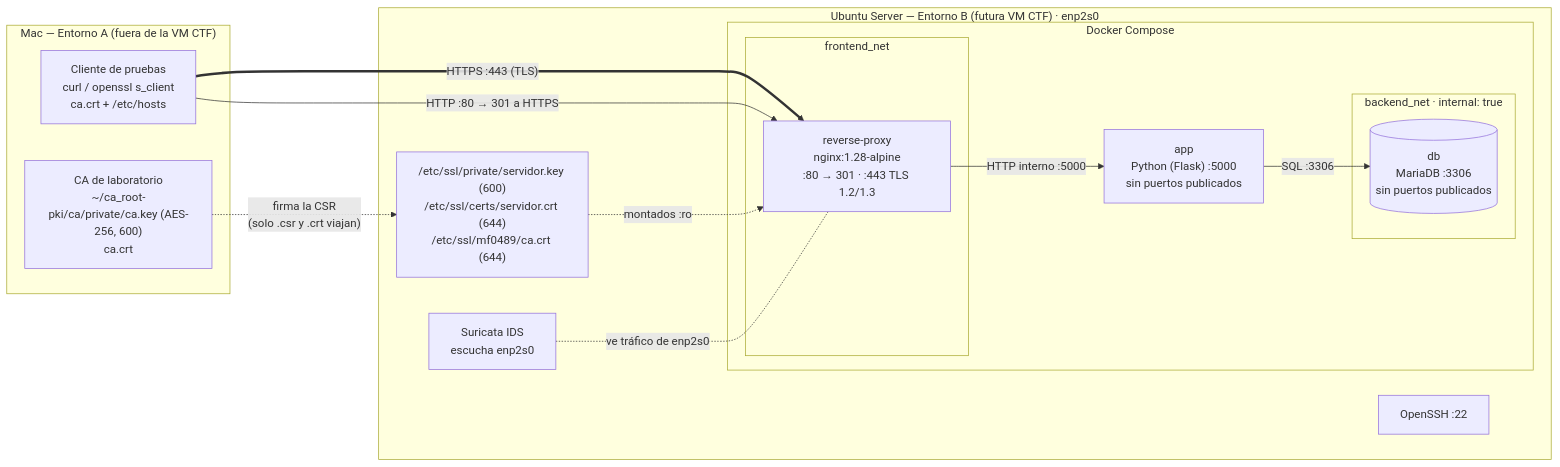
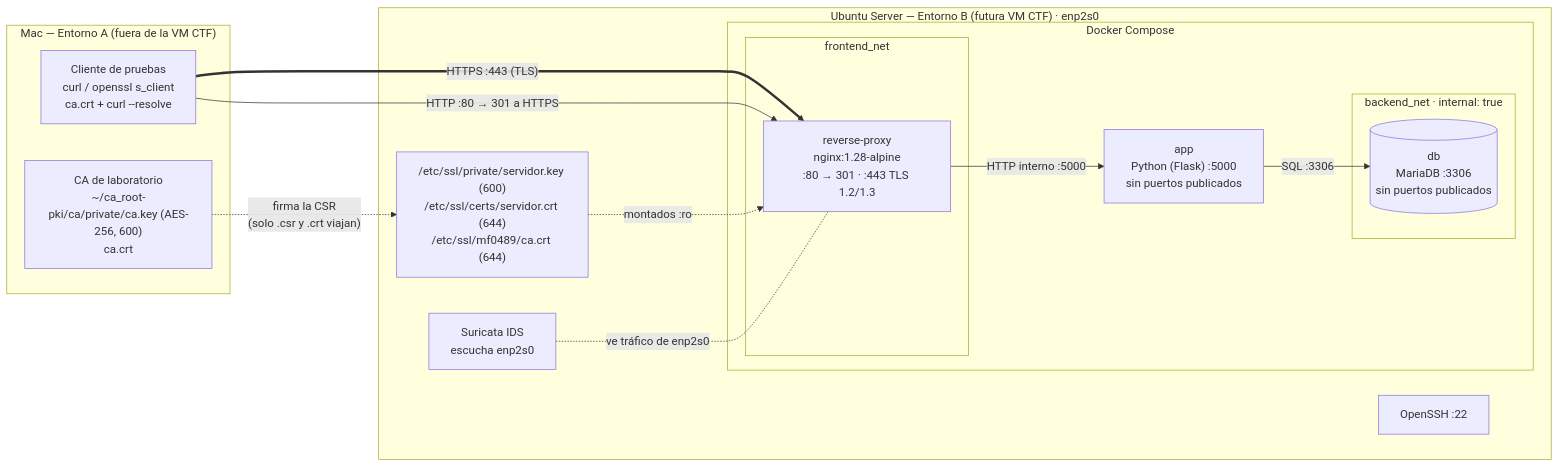
Before and after one commit to margalefxr/opsmatrix-lab: the diagram in docs/mf0489/fase1-arquitectura.md, drawn with Mermaid. The commit also changed 22 other files, not shown here.

````diff
--- a/docs/mf0489/fase1-arquitectura.md
+++ b/docs/mf0489/fase1-arquitectura.md
@@ -34,31 +34,31 @@
 ```mermaid
 flowchart LR
     subgraph MAC["Mac — Entorno A (fuera de la VM CTF)"]
         CA["CA de laboratorio<br/>~/ca_root-pki/ca/private/ca.key (AES-256, 600)<br/>ca.crt"]
-        CLI["Cliente de pruebas<br/>curl / openssl s_client<br/>ca.crt + /etc/hosts"]
+        CLI["Cliente de pruebas<br/>curl / openssl s_client<br/>ca.crt + curl --resolve"]
     end
 
     subgraph VM["Ubuntu Server — Entorno B (futura VM CTF) · enp2s0"]
         SSH["OpenSSH :22"]
         SUR["Suricata IDS<br/>escucha enp2s0"]
         PKI["/etc/ssl/private/servidor.key (600)<br/>/etc/ssl/certs/servidor.crt (644)<br/>/etc/ssl/mf0489/ca.crt (644)"]
 
         subgraph DOCKER["Docker Compose"]
             subgraph FRONT["frontend_net"]
                 RP["reverse-proxy<br/>nginx:1.28-alpine<br/>:80 → 301 · :443 TLS 1.2/1.3"]
             end
             APP["app<br/>Python (Flask) :5000<br/>sin puertos publicados"]
             subgraph BACK["backend_net · internal: true"]
                 DB[("db<br/>MariaDB :3306<br/>sin puertos publicados")]
             end
         end
     end
 
     CA -. "firma la CSR<br/>(solo .csr y .crt viajan)" .-> PKI
     CLI == "HTTPS :443 (TLS)" ==> RP
     CLI -- "HTTP :80 → 301 a HTTPS" --> RP
     PKI -. "montados :ro" .-> RP
     RP -- "HTTP interno :5000" --> APP
     APP -- "SQL :3306" --> DB
     SUR -. "ve tráfico de enp2s0" .- RP
 ```
````
